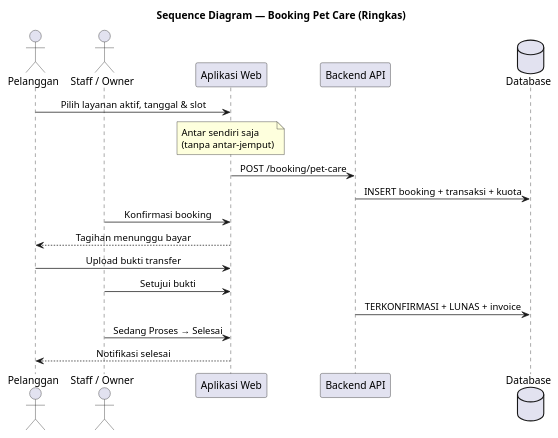
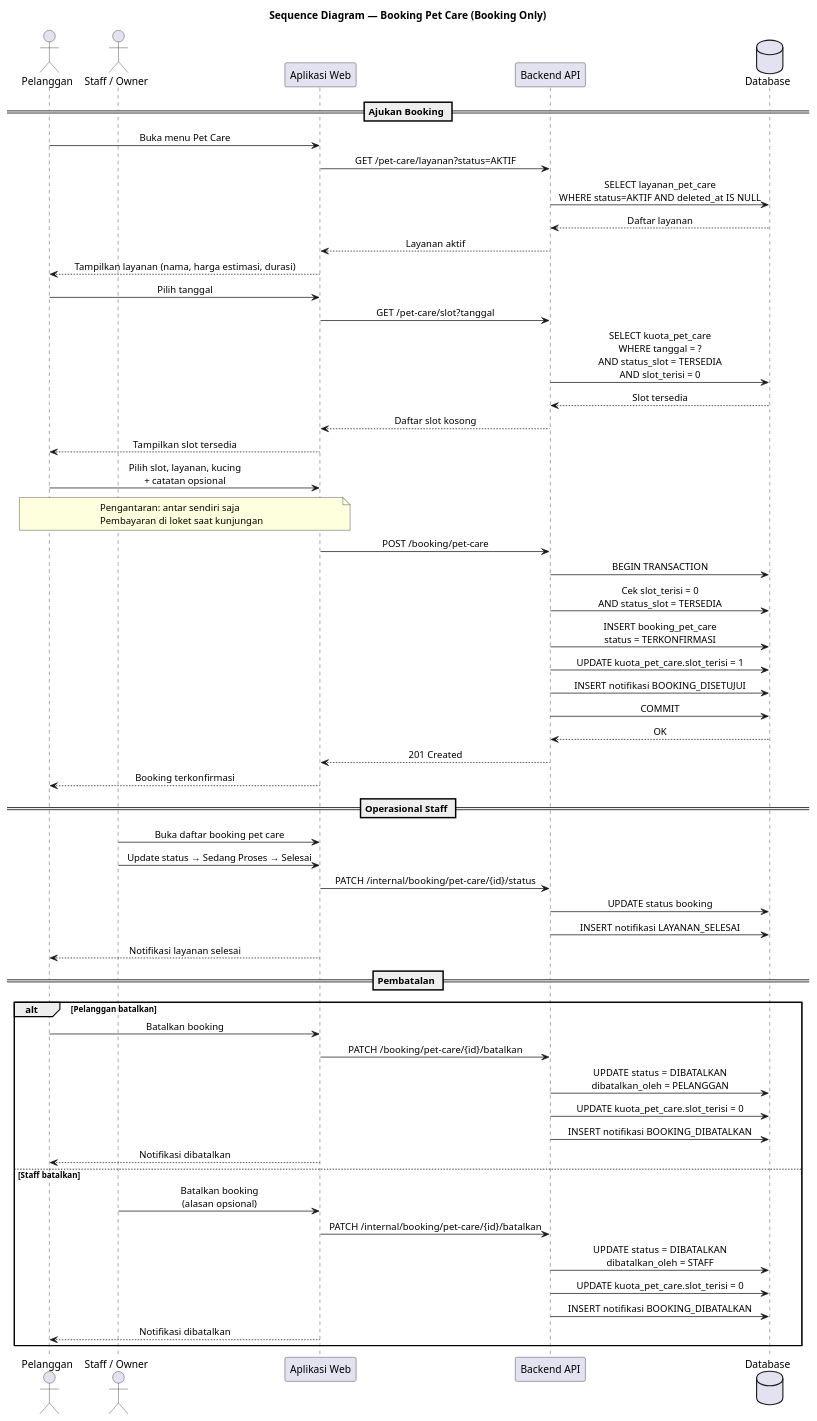
Before and after one commit to nonamebkz/pet-hotel: the sixth of 12 diagrams in diagrams/sequence/sequence-diagram.md, drawn with PlantUML. The commit also changed other lines of this file and 13 other files, not shown here.

````diff
--- a/diagrams/sequence/sequence-diagram.md
+++ b/diagrams/sequence/sequence-diagram.md
@@ -266,29 +266,73 @@
 ```plantuml
 @startuml sequence-booking-petcare
 skinparam sequenceMessageAlign center
 
-title Sequence Diagram — Booking Pet Care (Ringkas)
+title Sequence Diagram — Booking Pet Care (Booking Only)
 
 actor Pelanggan
 actor "Staff / Owner" as Staff
 participant "Aplikasi Web" as App
 participant "Backend API" as API
 database "Database" as DB
 
-Pelanggan -> App : Pilih layanan aktif, tanggal & slot
-note over App : Antar sendiri saja\n(tanpa antar-jemput)
+== Ajukan Booking ==
+
+Pelanggan -> App : Buka menu Pet Care
+App -> API : GET /pet-care/layanan?status=AKTIF
+API -> DB : SELECT layanan_pet_care\nWHERE status=AKTIF AND deleted_at IS NULL
+DB --> API : Daftar layanan
+API --> App : Layanan aktif
+App --> Pelanggan : Tampilkan layanan (nama, harga estimasi, durasi)
+
+Pelanggan -> App : Pilih tanggal
+App -> API : GET /pet-care/slot?tanggal
+API -> DB : SELECT kuota_pet_care\nWHERE tanggal = ?\nAND status_slot = TERSEDIA\nAND slot_terisi = 0
+DB --> API : Slot tersedia
+API --> App : Daftar slot kosong
+App --> Pelanggan : Tampilkan slot tersedia
+
+Pelanggan -> App : Pilih slot, layanan, kucing\n+ catatan opsional
+note over App, Pelanggan
+  Pengantaran: antar sendiri saja
+  Pembayaran di loket saat kunjungan
+end note
 App -> API : POST /booking/pet-care
-API -> DB : INSERT booking + transaksi + kuota
+API -> DB : BEGIN TRANSACTION
+API -> DB : Cek slot_terisi = 0\nAND status_slot = TERSEDIA
+API -> DB : INSERT booking_pet_care\nstatus = TERKONFIRMASI
+API -> DB : UPDATE kuota_pet_care.slot_terisi = 1
+API -> DB : INSERT notifikasi BOOKING_DISETUJUI
+API -> DB : COMMIT
+DB --> API : OK
+API --> App : 201 Created
+App --> Pelanggan : Booking terkonfirmasi
 
-Staff -> App : Konfirmasi booking
-App --> Pelanggan : Tagihan menunggu bayar
+== Operasional Staff ==
 
-Pelanggan -> App : Upload bukti transfer
-Staff -> App : Setujui bukti
-API -> DB : TERKONFIRMASI + LUNAS + invoice
+Staff -> App : Buka daftar booking pet care
+Staff -> App : Update status → Sedang Proses → Selesai
+App -> API : PATCH /internal/booking/pet-care/{id}/status
+API -> DB : UPDATE status booking
+API -> DB : INSERT notifikasi LAYANAN_SELESAI
+App --> Pelanggan : Notifikasi layanan selesai
 
-Staff -> App : Sedang Proses → Selesai
-App --> Pelanggan : Notifikasi selesai
+== Pembatalan ==
+
+alt Pelanggan batalkan
+  Pelanggan -> App : Batalkan booking
+  App -> API : PATCH /booking/pet-care/{id}/batalkan
+  API -> DB : UPDATE status = DIBATALKAN\ndibatalkan_oleh = PELANGGAN
+  API -> DB : UPDATE kuota_pet_care.slot_terisi = 0
+  API -> DB : INSERT notifikasi BOOKING_DIBATALKAN
+  App --> Pelanggan : Notifikasi dibatalkan
+else Staff batalkan
+  Staff -> App : Batalkan booking\n(alasan opsional)
+  App -> API : PATCH /internal/booking/pet-care/{id}/batalkan
+  API -> DB : UPDATE status = DIBATALKAN\ndibatalkan_oleh = STAFF
+  API -> DB : UPDATE kuota_pet_care.slot_terisi = 0
+  API -> DB : INSERT notifikasi BOOKING_DIBATALKAN
+  App --> Pelanggan : Notifikasi dibatalkan
+end
 
 @enduml
 ```
````
